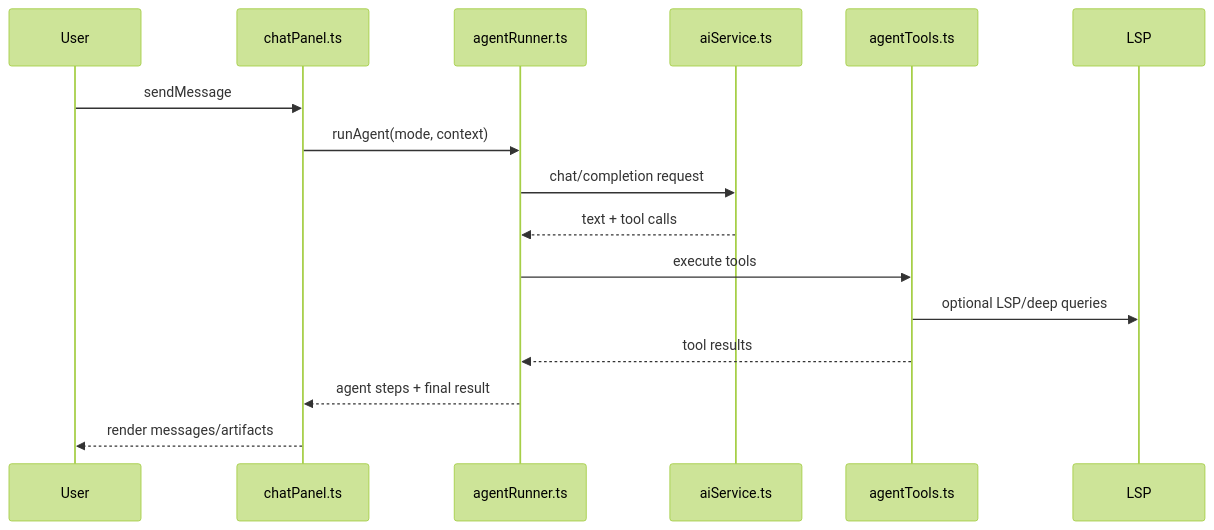
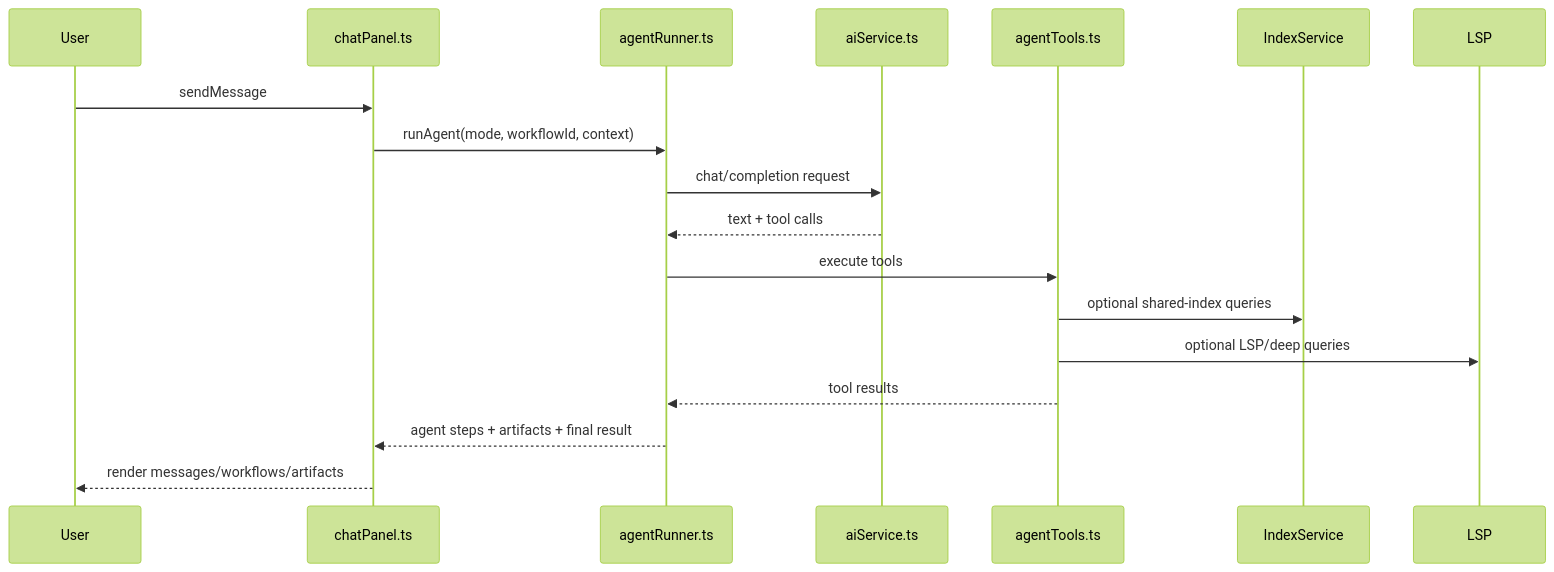
One commit to Aa728848/cwtools-vscode changed the second of 2 diagrams in ARCHITECTURE.md. Above: the diagram before and after it, drawn with Mermaid (forest theme). The commit also changed other lines of this file and 2 other files, not shown here.

Commit message:
docs: update architecture documentation to reflect refined indexing, platform layers, and AI workflow structures

````diff
--- a/ARCHITECTURE.md
+++ b/ARCHITECTURE.md
@@ -61,19 +101,21 @@
 ```mermaid
 sequenceDiagram
     participant User as User
     participant Chat as chatPanel.ts
     participant Runner as agentRunner.ts
     participant Service as aiService.ts
     participant Tools as agentTools.ts
+    participant Index as IndexService
     participant LSP as LSP
 
     User->>Chat: sendMessage
-    Chat->>Runner: runAgent(mode, context)
+    Chat->>Runner: runAgent(mode, workflowId, context)
     Runner->>Service: chat/completion request
     Service-->>Runner: text + tool calls
     Runner->>Tools: execute tools
+    Tools->>Index: optional shared-index queries
     Tools->>LSP: optional LSP/deep queries
     Tools-->>Runner: tool results
-    Runner-->>Chat: agent steps + final result
-    Chat-->>User: render messages/artifacts
+    Runner-->>Chat: agent steps + artifacts + final result
+    Chat-->>User: render messages/workflows/artifacts
 ```
````
